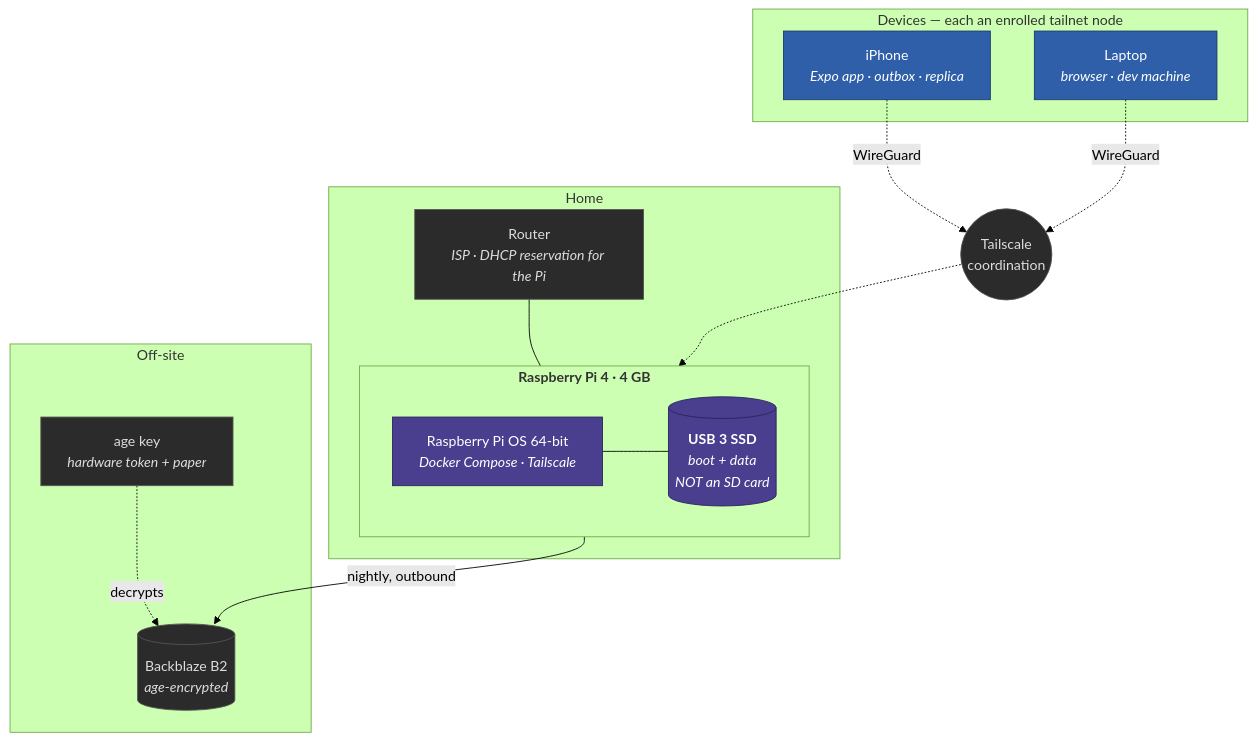
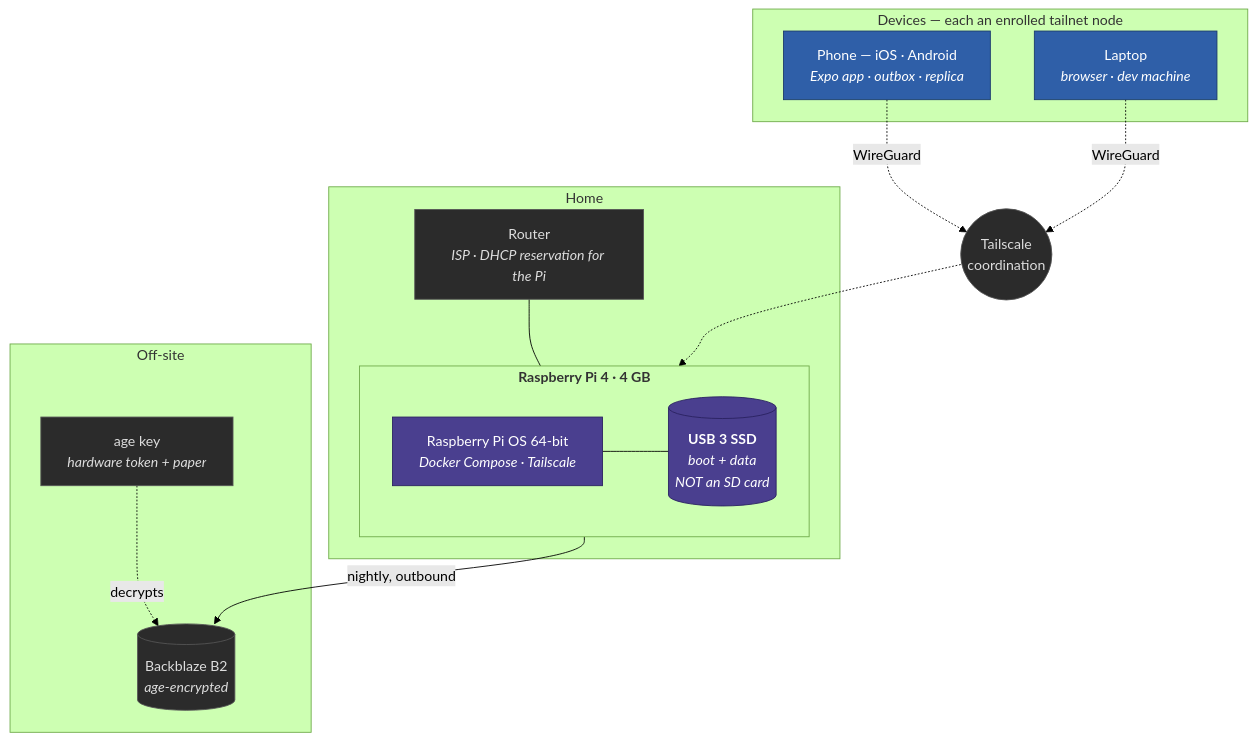
One commit to VoltLightning/waltning changed the third of 4 diagrams in docs/specification/architecture/01-context-and-containers.md. Above: the diagram before and after it, drawn with Mermaid (forest theme). The commit also changed other lines of this file and 7 other files, not shown here.

````diff
--- a/docs/specification/architecture/01-context-and-containers.md
+++ b/docs/specification/architecture/01-context-and-containers.md
@@ -145,35 +145,35 @@
 ```mermaid
 graph TB
     subgraph home["Home"]
         ROUTER["Router<br/><i>ISP · DHCP reservation for the Pi</i>"]
         subgraph pi["<b>Raspberry Pi 4 · 4 GB</b>"]
             SSD[("<b>USB 3 SSD</b><br/><i>boot + data<br/>NOT an SD card</i>")]
             OS["Raspberry Pi OS 64-bit<br/><i>Docker Compose · Tailscale</i>"]
             OS --- SSD
         end
         ROUTER --- pi
     end
 
     subgraph devices["Devices — each an enrolled tailnet node"]
-        PHONE["iPhone<br/><i>Expo app · outbox · replica</i>"]
+        PHONE["Phone — iOS · Android<br/><i>Expo app · outbox · replica</i>"]
         LAPTOP["Laptop<br/><i>browser · dev machine</i>"]
     end
 
     subgraph off["Off-site"]
         B2[("Backblaze B2<br/><i>age-encrypted</i>")]
         KEY["age key<br/><i>hardware token + paper</i>"]
     end
 
     PHONE -.->|WireGuard| TS(("Tailscale<br/>coordination"))
     LAPTOP -.->|WireGuard| TS
     TS -.-> pi
     pi -->|nightly, outbound| B2
     KEY -.->|decrypts| B2
 
     classDef hw fill:#4a3f8f,stroke:#2a2260,color:#fff
     classDef dev fill:#2f5fa8,stroke:#1a3a6b,color:#fff
     classDef ext fill:#2b2b2b,stroke:#555,color:#ddd
     class SSD,OS hw
     class PHONE,LAPTOP dev
     class B2,KEY,TS,ROUTER ext
 ```
````
